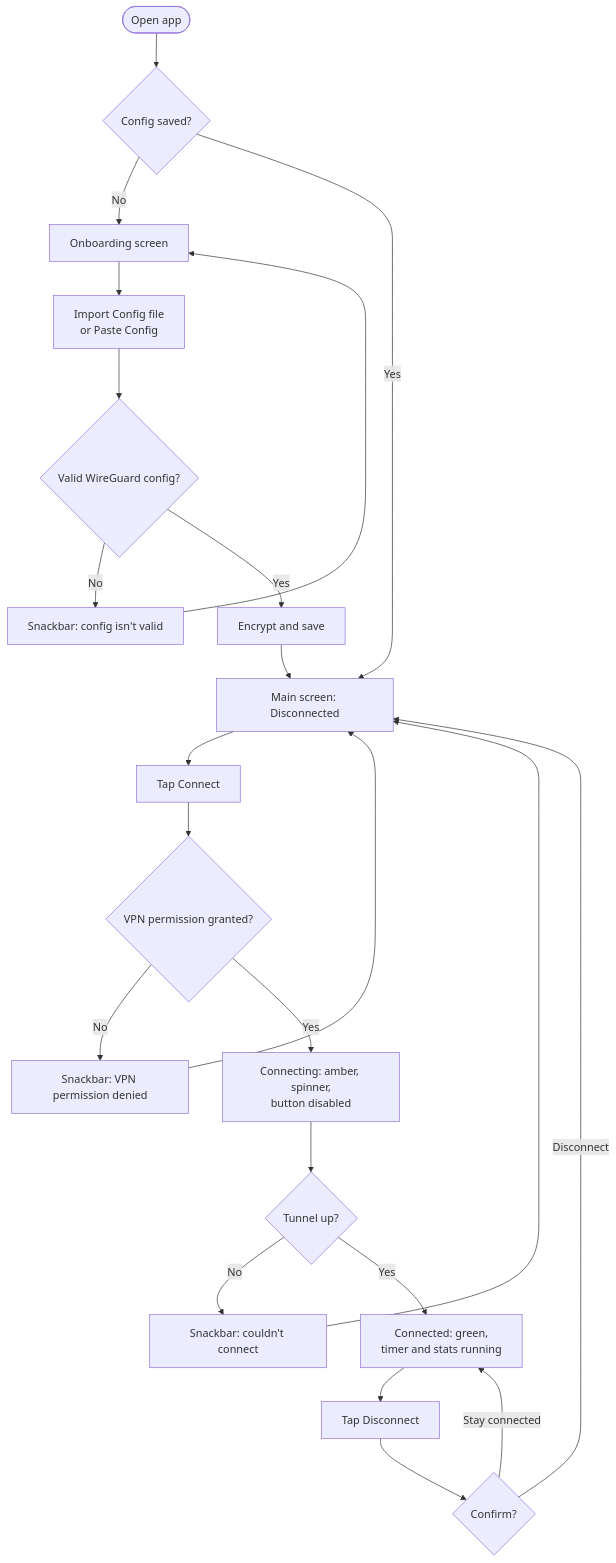
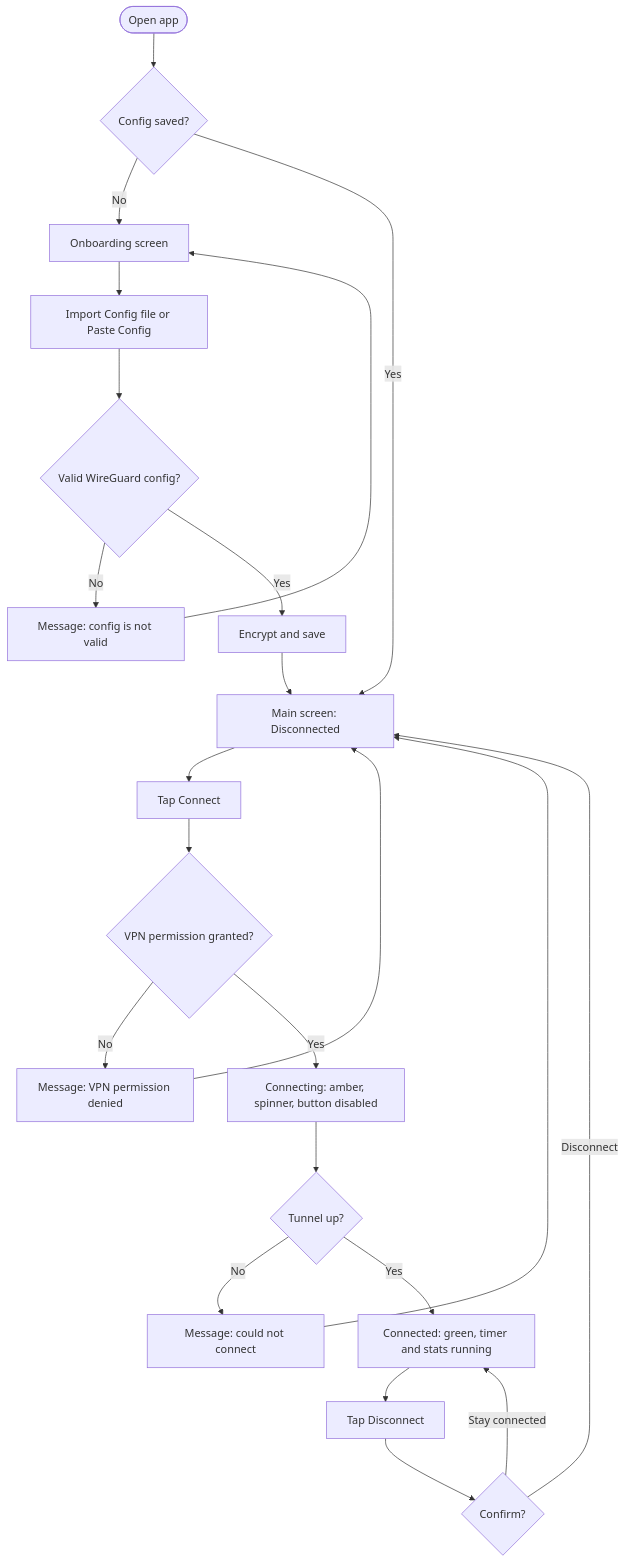
Before and after one commit to istiakahasan/GuardNet_VPN: the third of 5 diagrams in README.md, drawn with Mermaid. The commit also changed other lines of this file, not shown here.

Commit message:
update in the read.me file

````diff
--- a/README.md
+++ b/README.md
@@ -143,21 +146,25 @@
 ```mermaid
 flowchart TD
-    A([Open app]) --> B{Config saved?}
-    B -- No --> C[Onboarding screen]
-    C --> D[Import Config file<br/>or Paste Config]
-    D --> E{Valid WireGuard config?}
-    E -- No --> F[Snackbar: config isn't valid] --> C
-    E -- Yes --> G[Encrypt and save]
-    B -- Yes --> H
-    G --> H[Main screen: Disconnected]
-    H --> I[Tap Connect]
-    I --> J{VPN permission granted?}
-    J -- No --> K[Snackbar: VPN permission denied] --> H
-    J -- Yes --> L[Connecting: amber, spinner,<br/>button disabled]
-    L --> M{Tunnel up?}
-    M -- No --> N[Snackbar: couldn't connect] --> H
-    M -- Yes --> O[Connected: green,<br/>timer and stats running]
-    O --> P[Tap Disconnect] --> Q{Confirm?}
-    Q -- Stay connected --> O
-    Q -- Disconnect --> H
+    A(["Open app"]) --> B{"Config saved?"}
+    B -->|"No"| C["Onboarding screen"]
+    C --> D["Import Config file or Paste Config"]
+    D --> E{"Valid WireGuard config?"}
+    E -->|"No"| F["Message: config is not valid"]
+    F --> C
+    E -->|"Yes"| G["Encrypt and save"]
+    B -->|"Yes"| H
+    G --> H["Main screen: Disconnected"]
+    H --> I["Tap Connect"]
+    I --> J{"VPN permission granted?"}
+    J -->|"No"| K["Message: VPN permission denied"]
+    K --> H
+    J -->|"Yes"| L["Connecting: amber, spinner, button disabled"]
+    L --> M{"Tunnel up?"}
+    M -->|"No"| N["Message: could not connect"]
+    N --> H
+    M -->|"Yes"| O["Connected: green, timer and stats running"]
+    O --> P["Tap Disconnect"]
+    P --> Q{"Confirm?"}
+    Q -->|"Stay connected"| O
+    Q -->|"Disconnect"| H
 ```
````
